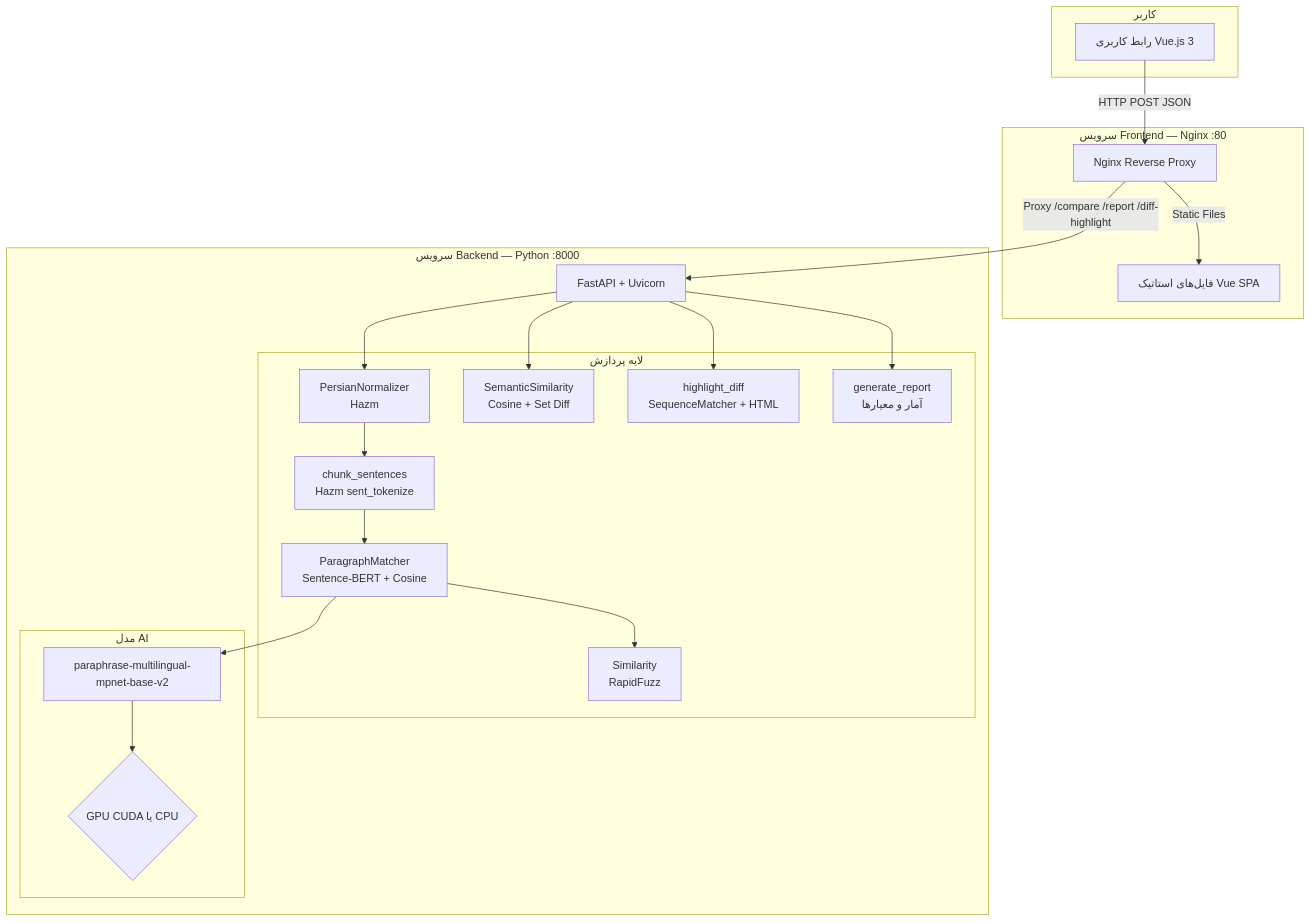
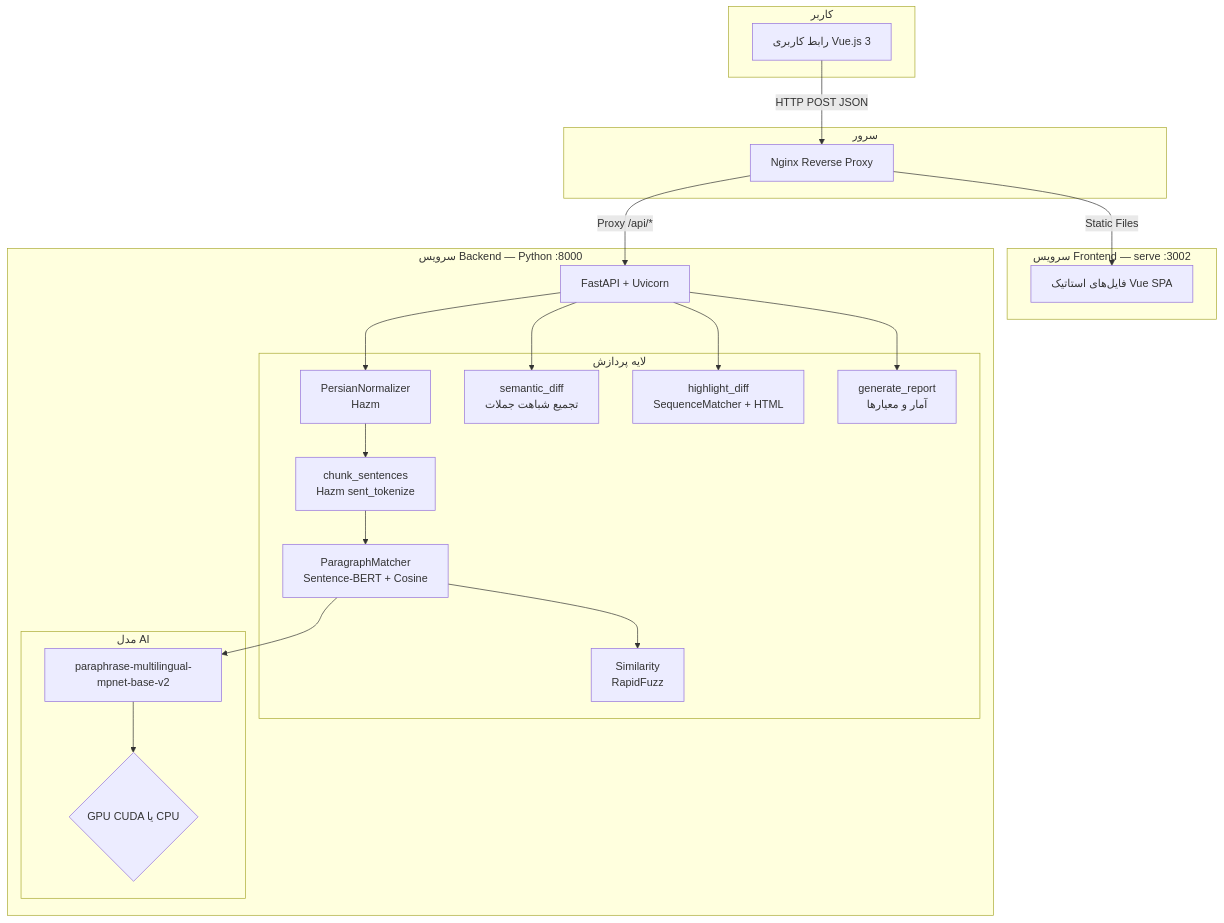
The first of 3 diagrams in README.md (muhammad-soltani/Batman), drawn with Mermaid before and after one commit. The commit also changed other lines of this file and 49 other files, not shown here.

````diff
--- a/README.md
+++ b/README.md
@@ -160,40 +160,43 @@
 ```mermaid
 graph TB
     subgraph "کاربر"
         UI[رابط کاربری Vue.js 3]
     end
 
-    subgraph "سرویس Frontend — Nginx :80"
+    subgraph "سرور"
         NGINX[Nginx Reverse Proxy]
+    end
+
+    subgraph "سرویس Frontend — serve :3002"
         SPA[فایل‌های استاتیک Vue SPA]
     end
 
     subgraph "سرویس Backend — Python :8000"
         API[FastAPI + Uvicorn]
 
         subgraph "لایه پردازش"
             NORM[PersianNormalizer\nHazm]
             CHUNK[chunk_sentences\nHazm sent_tokenize]
             MATCH[ParagraphMatcher\nSentence-BERT + Cosine]
             SIM[Similarity\nRapidFuzz]
-            SEM[SemanticSimilarity\nCosine + Set Diff]
+            SEM[semantic_diff\nتجمیع شباهت جملات]
             DIFF[highlight_diff\nSequenceMatcher + HTML]
             REP[generate_report\nآمار و معیارها]
         end
 
         subgraph "مدل AI"
             MODEL[paraphrase-multilingual-mpnet-base-v2]
             DEVICE{GPU CUDA یا CPU}
         end
     end
 
     UI -- "HTTP POST JSON" --> NGINX
-    NGINX -- "Proxy /compare /report /diff-highlight" --> API
+    NGINX -- "Proxy /api/*" --> API
     NGINX -- "Static Files" --> SPA
     API --> NORM --> CHUNK --> MATCH
     MATCH --> MODEL --> DEVICE
     MATCH --> SIM
     API --> SEM
     API --> DIFF
     API --> REP
 ```
````
